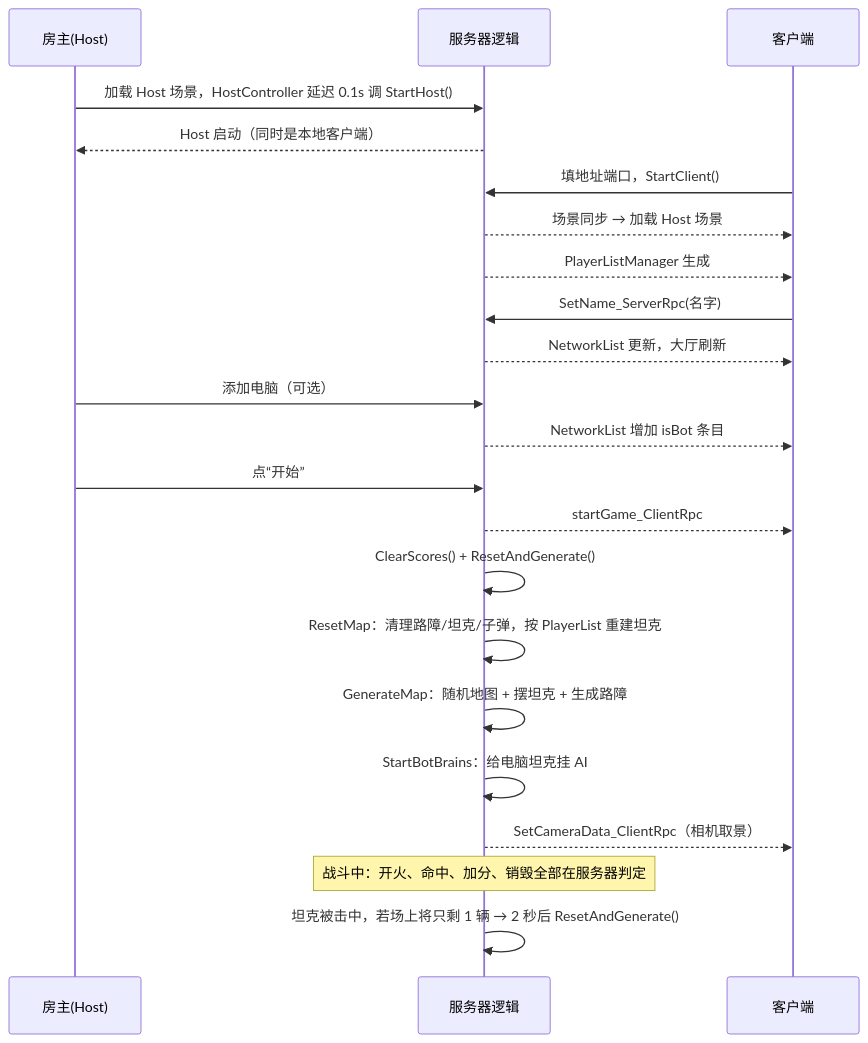
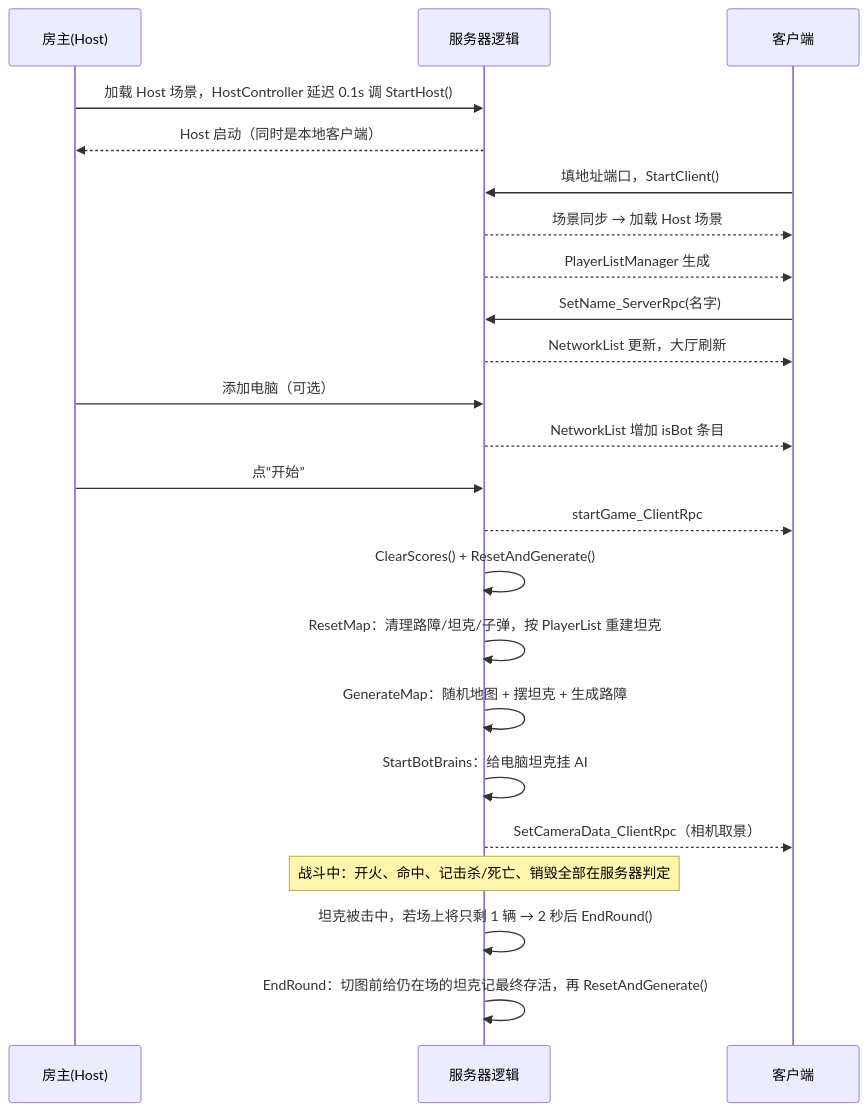
Before and after one commit to 3297207993/tank: the third of 3 diagrams in docs/architecture.md, drawn with Mermaid. The commit also changed other lines of this file and 18 other files, not shown here.

````diff
--- a/docs/architecture.md
+++ b/docs/architecture.md
@@ -112,27 +113,28 @@
 ```mermaid
 sequenceDiagram
     participant H as 房主(Host)
     participant S as 服务器逻辑
     participant C as 客户端
 
     H->>S: 加载 Host 场景，HostController 延迟 0.1s 调 StartHost()
     S-->>H: Host 启动（同时是本地客户端）
     C->>S: 填地址端口，StartClient()
     S-->>C: 场景同步 → 加载 Host 场景
     S-->>C: PlayerListManager 生成
     C->>S: SetName_ServerRpc(名字)
     S-->>C: NetworkList 更新，大厅刷新
 
     H->>S: 添加电脑（可选）
     S-->>C: NetworkList 增加 isBot 条目
     H->>S: 点“开始”
     S-->>C: startGame_ClientRpc
     S->>S: ClearScores() + ResetAndGenerate()
     S->>S: ResetMap：清理路障/坦克/子弹，按 PlayerList 重建坦克
     S->>S: GenerateMap：随机地图 + 摆坦克 + 生成路障
     S->>S: StartBotBrains：给电脑坦克挂 AI
     S-->>C: SetCameraData_ClientRpc（相机取景）
 
-    Note over S: 战斗中：开火、命中、加分、销毁全部在服务器判定
-    S->>S: 坦克被击中，若场上将只剩 1 辆 → 2 秒后 ResetAndGenerate()
+    Note over S: 战斗中：开火、命中、记击杀/死亡、销毁全部在服务器判定
+    S->>S: 坦克被击中，若场上将只剩 1 辆 → 2 秒后 EndRound()
+    S->>S: EndRound：切图前给仍在场的坦克记最终存活，再 ResetAndGenerate()
 ```
````
